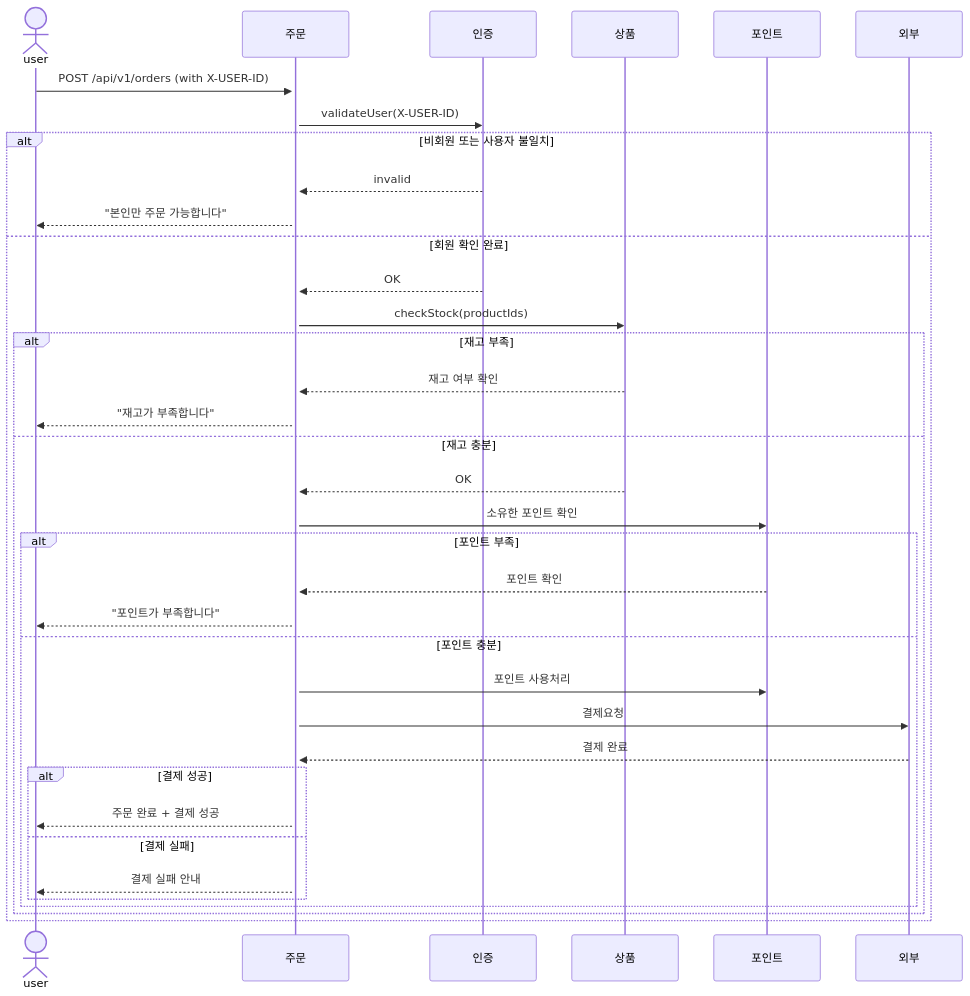
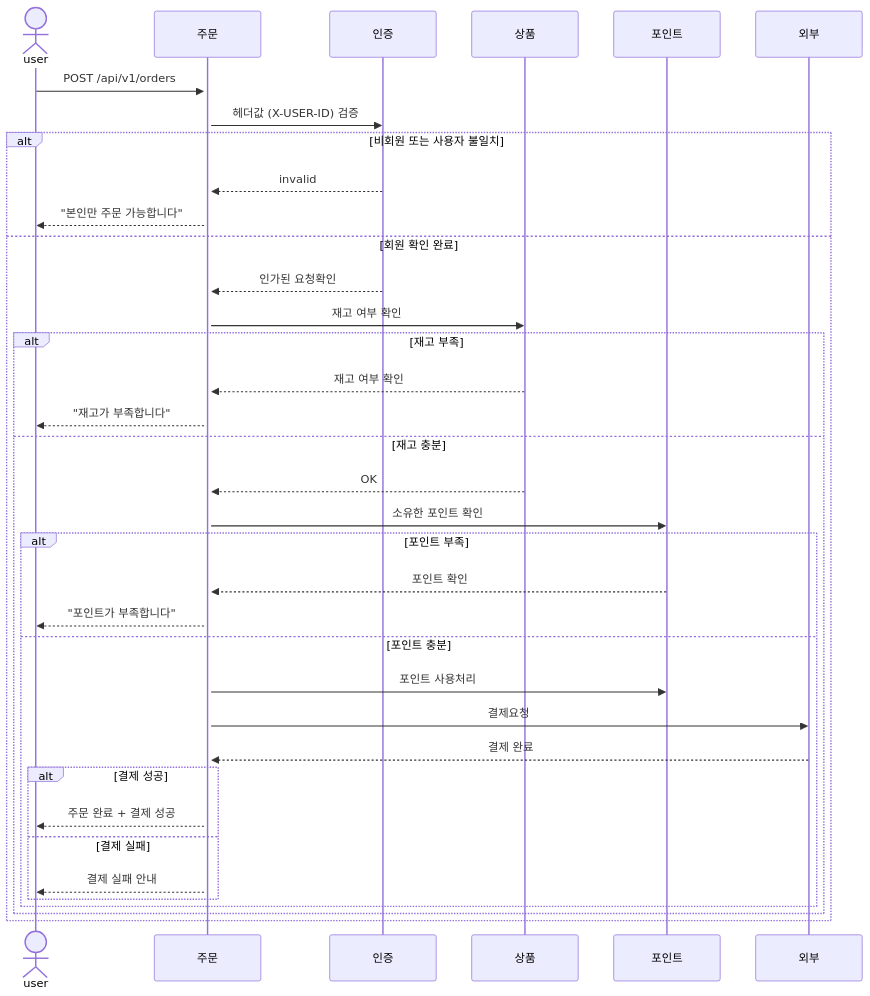
One commit to lutae2000/java-spring-ecommerce-api changed the sixth of 10 diagrams in docs/design/02-sequence-diagrams.md. Above: the diagram before and after it, drawn with Mermaid. The commit also changed other lines of this file and 1 other file, not shown here.

````diff
--- a/docs/design/02-sequence-diagrams.md
+++ b/docs/design/02-sequence-diagrams.md
@@ -192,44 +185,44 @@
 ```mermaid
 sequenceDiagram
     actor user
     participant OrderService as 주문
     participant AuthService as 인증
     participant ProductService as 상품
     participant PointService as 포인트
     participant PaymentGateway as 외부
 
-    user->>+OrderService: POST /api/v1/orders (with X-USER-ID)
+    user->>+OrderService: POST /api/v1/orders
 
-    OrderService->>AuthService: validateUser(X-USER-ID)
+    OrderService->>AuthService: 헤더값 (X-USER-ID) 검증
 
     alt 비회원 또는 사용자 불일치
         AuthService-->>OrderService: invalid
         OrderService-->>user: "본인만 주문 가능합니다"
     else 회원 확인 완료
-        AuthService-->>OrderService: OK
-        OrderService->>ProductService: checkStock(productIds)
+        AuthService-->>OrderService: 인가된 요청확인
+        OrderService->>ProductService: 재고 여부 확인
 
         alt 재고 부족
             ProductService-->>OrderService: 재고 여부 확인
             OrderService-->>user: "재고가 부족합니다"
         else 재고 충분
             ProductService-->>OrderService: OK
             OrderService->>PointService: 소유한 포인트 확인
 
             alt 포인트 부족
                 PointService-->>OrderService: 포인트 확인
                 OrderService-->>user: "포인트가 부족합니다"
             else 포인트 충분
                 OrderService->>PointService: 포인트 사용처리
                 OrderService->>PaymentGateway: 결제요청
                 PaymentGateway-->>OrderService: 결제 완료
 
                 alt 결제 성공
                     OrderService-->>user: 주문 완료 + 결제 성공
                 else 결제 실패
                     OrderService-->>user: 결제 실패 안내
                 end
             end
         end
     end
 ```
````
